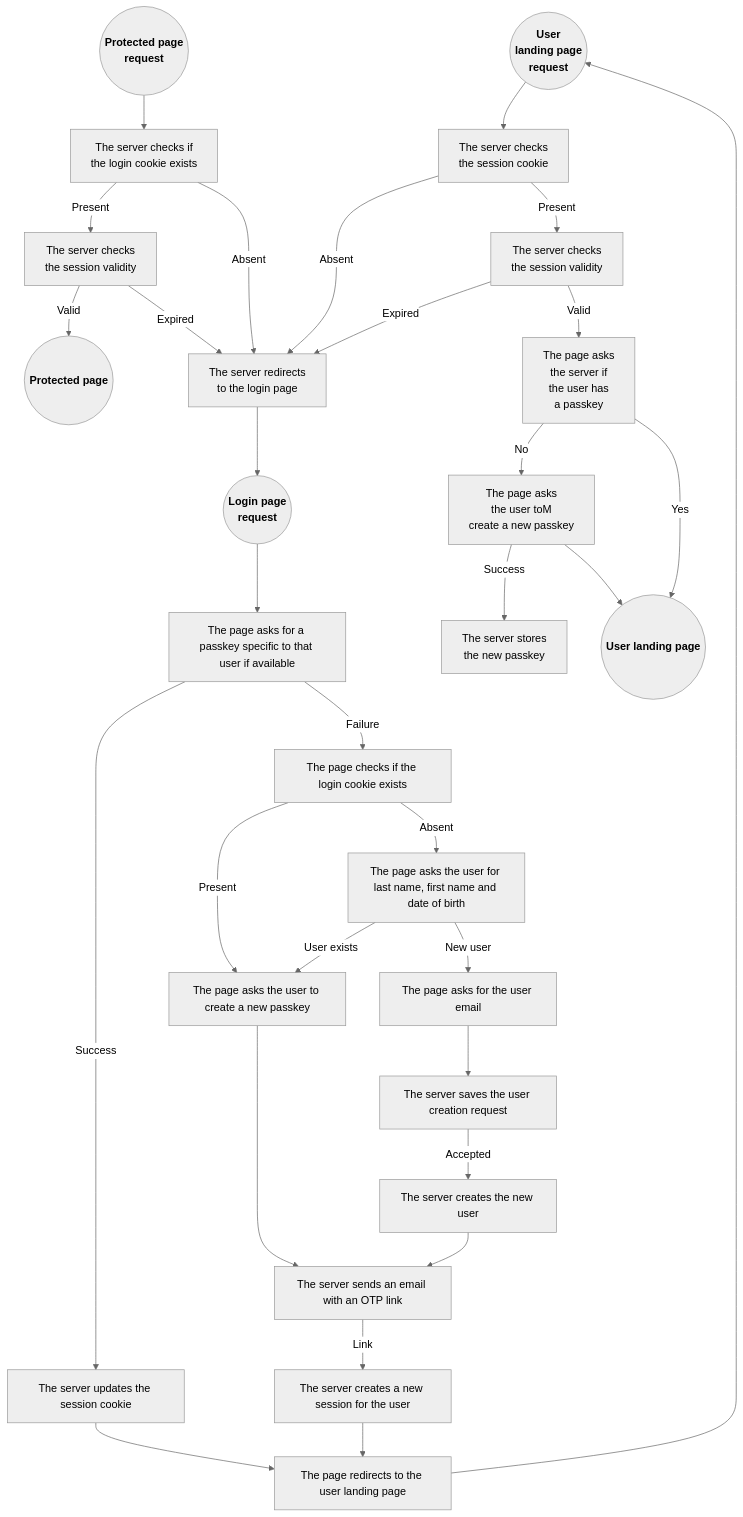
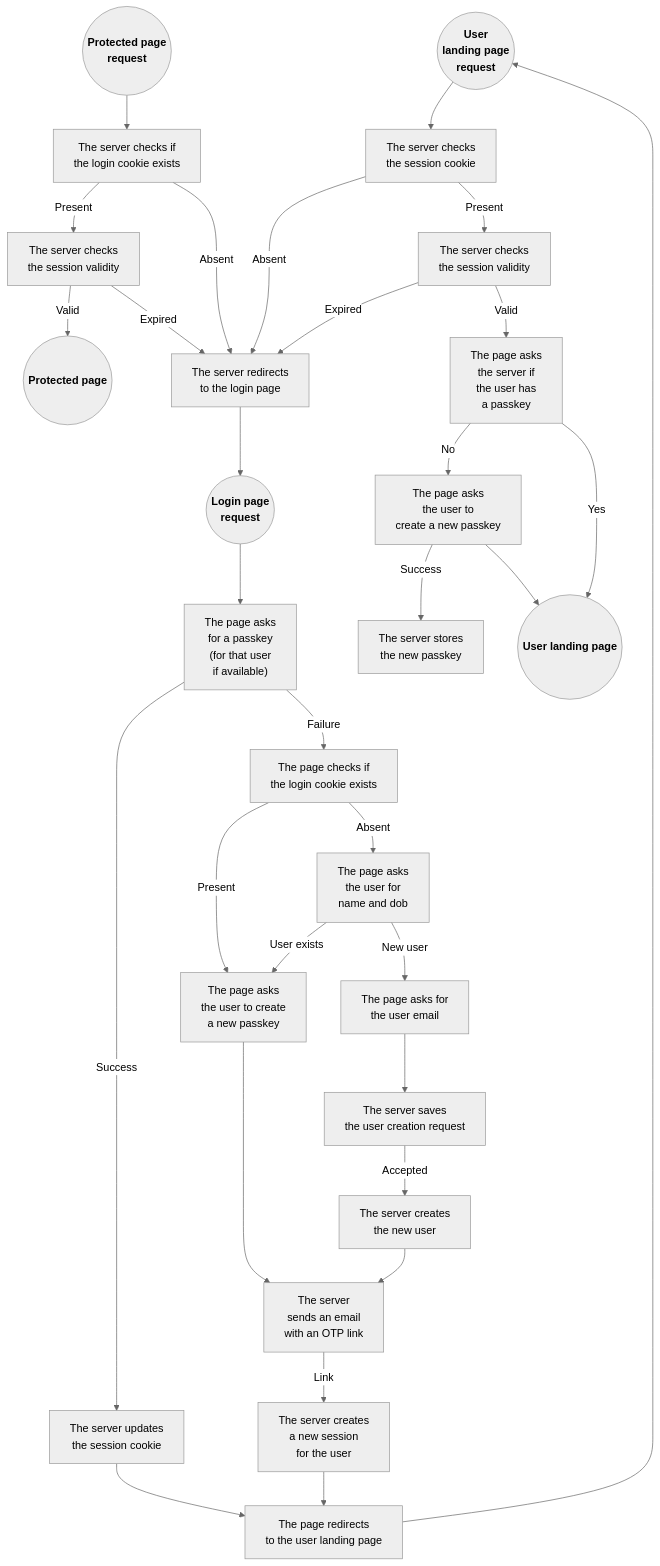
The diagram in README.md (programingjd/tiered_server), drawn with Mermaid (neutral theme) before and after one commit.

````diff
--- a/README.md
+++ b/README.md
@@ -123,40 +123,40 @@
 ```mermaid
 graph TD;
   UserLandingPageRequest(("<b>User<br>landing page<br>request</b>"))
   ProtectedPageRequest(("<b>Protected page<br>request</b>"))
   LoginPageRequest(("<b>Login page<br>request</b>"))
   
   ProtectedPageRequest-->QueryCookie1["The server checks if<br>the login cookie exists"]
   QueryCookie1-->|Present|CheckSessionValidity1["The server checks<br>the session validity"]
   QueryCookie1-->|Absent|LoginPageRedirect["The server redirects<br>to the login page"]
   CheckSessionValidity1-->|Valid|ProtectedPageResponse(("<b>Protected page<b>"))
   CheckSessionValidity1-->|Expired|LoginPageRedirect
 
   UserLandingPageRequest-->QueryCookie2["The server checks<br>the session cookie"]
   QueryCookie2-->|Absent|LoginPageRedirect
   QueryCookie2-->|Present|CheckSessionValidity2["The server checks<br>the session validity"]
   CheckSessionValidity2-->|Expired|LoginPageRedirect
   CheckSessionValidity2-->|Valid|QueryExistingPasskey2["The page asks<br>the server if<br>the user has<br>a passkey"]
-  QueryExistingPasskey2-->|No|NewPasskeyPrompt2["The page asks<br>the user toM<br>create a new passkey"]
+  QueryExistingPasskey2-->|No|NewPasskeyPrompt2["The page asks<br>the user to<br>create a new passkey"]
   QueryExistingPasskey2-->|Yes|UserLandingPageResponse(("<b>User landing page<b>"))
   NewPasskeyPrompt2-->|Success|NewPasskeyStore2["The server stores<br>the new passkey"]
   NewPasskeyPrompt2-->UserLandingPageResponse
 
-  LoginPageRequest-->QueryPasskey[The page asks for a passkey specific to that user if available]
-  QueryPasskey-->|Success|SessionCookieUpdate[The server updates the session cookie]
-  SessionCookieUpdate-->UserLandingPageRedirect[The page redirects to the user landing page]
-  QueryPasskey-->|Failure|QueryCookie3[The page checks if the login cookie exists]
-  QueryCookie3-->|Present|NewPasskeyPrompt3[The page asks the user to create a new passkey]
-  QueryCookie3-->|Absent|UserForm[The page asks the user for last name, first name and date of birth]
+  LoginPageRequest-->QueryPasskey["The page asks<br>for a passkey<br>(for that user<br>if available)"]
+  QueryPasskey-->|Success|SessionCookieUpdate["The server updates<br>the session cookie"]
+  SessionCookieUpdate-->UserLandingPageRedirect["The page redirects<br>to the user landing page"]
+  QueryPasskey-->|Failure|QueryCookie3["The page checks if<br>the login cookie exists"]
+  QueryCookie3-->|Present|NewPasskeyPrompt3["The page asks<br>the user to create<br>a new passkey"]
+  QueryCookie3-->|Absent|UserForm["The page asks<br>the user for<br>name and dob"]
   UserForm-->|User exists|NewPasskeyPrompt3
-  NewPasskeyPrompt3-->EmailOTP[The server sends an email with an OTP link]
-  EmailOTP-->|Link|NewSession[The server creates a new session for the user]
+  NewPasskeyPrompt3-->EmailOTP["The server<br>sends an email<br>with an OTP link"]
+  EmailOTP-->|Link|NewSession["The server creates<br>a new session<br>for the user"]
   NewSession-->UserLandingPageRedirect
-  UserForm-->|New user|NewUser[The page asks for the user email]
-  NewUser-->UserModeration[The server saves the user creation request]
-  UserModeration-->|Accepted|UserCreation[The server creates the new user]
+  UserForm-->|New user|NewUser["The page asks for<br>the user email"]
+  NewUser-->UserModeration["The server saves<br>the user creation request"]
+  UserModeration-->|Accepted|UserCreation["The server creates<br>the new user"]
   UserCreation-->EmailOTP
   
   UserLandingPageRedirect-->UserLandingPageRequest
   LoginPageRedirect-->LoginPageRequest
 ```
````
